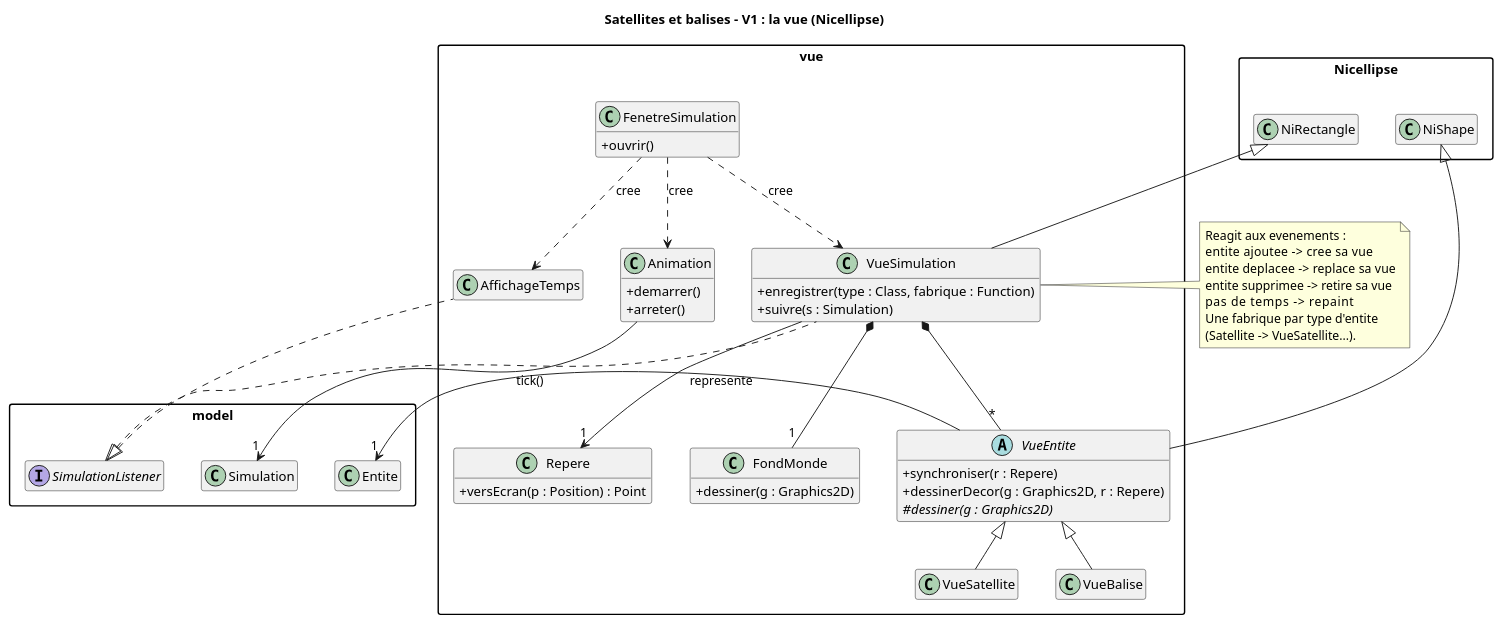
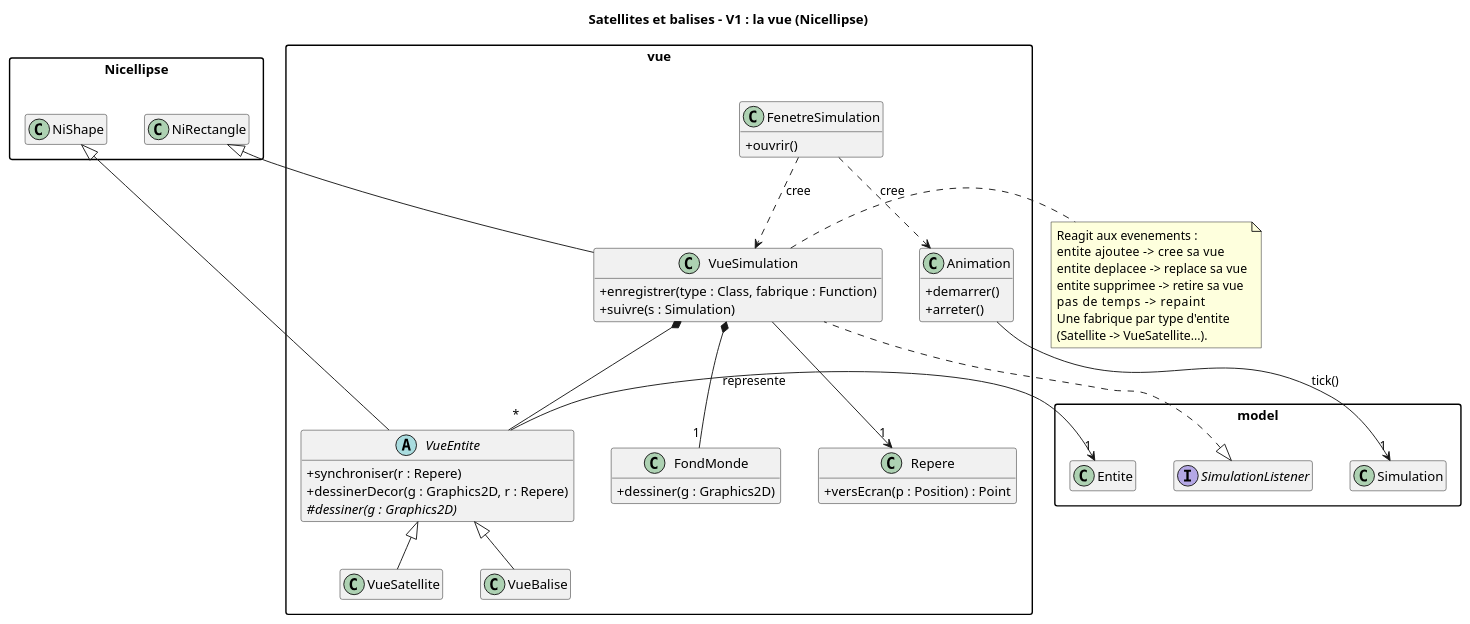
One commit to timo0135/Satellites-et-Balises changed the diagram in docs/diagramme-vue-v1.puml. Above: the diagram before and after it, drawn with PlantUML. The commit also changed 5 other files, not shown here.

First line of the commit message:
Retire AffichageTemps : plus aucune classe n'herite de JLabel

```diff
--- a/docs/diagramme-vue-v1.puml
+++ b/docs/diagramme-vue-v1.puml
@@ -1,84 +1,81 @@
 @startuml diagramme-vue-v1
 
 title Satellites et balises - V1 : la vue (Nicellipse)
 skinparam classAttributeIconSize 0
 skinparam packageStyle rectangle
 skinparam nodesep 40
 skinparam ranksep 50
 hide empty members
 
 ' La vue ne modifie jamais le modele : elle reagit aux evenements
 ' (voir diagramme-evenements-v1.puml) et se redessine.
 
 package "vue" {
   class FenetreSimulation {
     + ouvrir()
   }
 
   class VueSimulation {
     + enregistrer(type : Class, fabrique : Function)
     + suivre(s : Simulation)
   }
 
   abstract class VueEntite {
     + synchroniser(r : Repere)
     + dessinerDecor(g : Graphics2D, r : Repere)
     # {abstract} dessiner(g : Graphics2D)
   }
   class VueSatellite
   class VueBalise
 
   class FondMonde {
     + dessiner(g : Graphics2D)
   }
   class Repere {
     + versEcran(p : Position) : Point
   }
 
-  class AffichageTemps
   class Animation {
     + demarrer()
     + arreter()
   }
 }
 
 package "Nicellipse" {
   class NiRectangle
   class NiShape
 }
 
 package "model" {
   class Simulation
   class Entite
   interface SimulationListener
 }
 
 FenetreSimulation ..> VueSimulation : cree
-FenetreSimulation ..> AffichageTemps : cree
 FenetreSimulation ..> Animation : cree
 
 VueSimulation *-- "*" VueEntite
 VueSimulation *-- "1" FondMonde
 VueSimulation --> "1" Repere
 VueEntite --> "1" Entite : represente
 VueEntite <|-- VueSatellite
 VueEntite <|-- VueBalise
 
 NiRectangle <|-- VueSimulation
 NiShape <|-- VueEntite
 
 SimulationListener <|.. VueSimulation
-SimulationListener <|.. AffichageTemps
 Animation --> "1" Simulation : tick()
 
 note right of VueSimulation
   Reagit aux evenements :
   entite ajoutee   -> cree sa vue
   entite deplacee  -> replace sa vue
   entite supprimee -> retire sa vue
   pas de temps     -> repaint
   Une fabrique par type d'entite
   (Satellite -> VueSatellite...).
 end note
 
 @enduml
```
